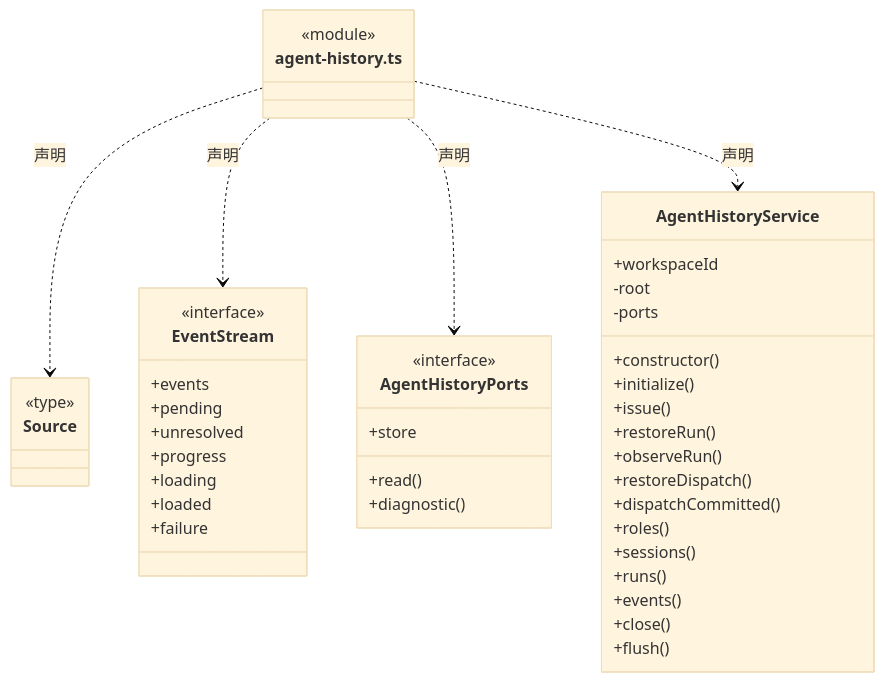
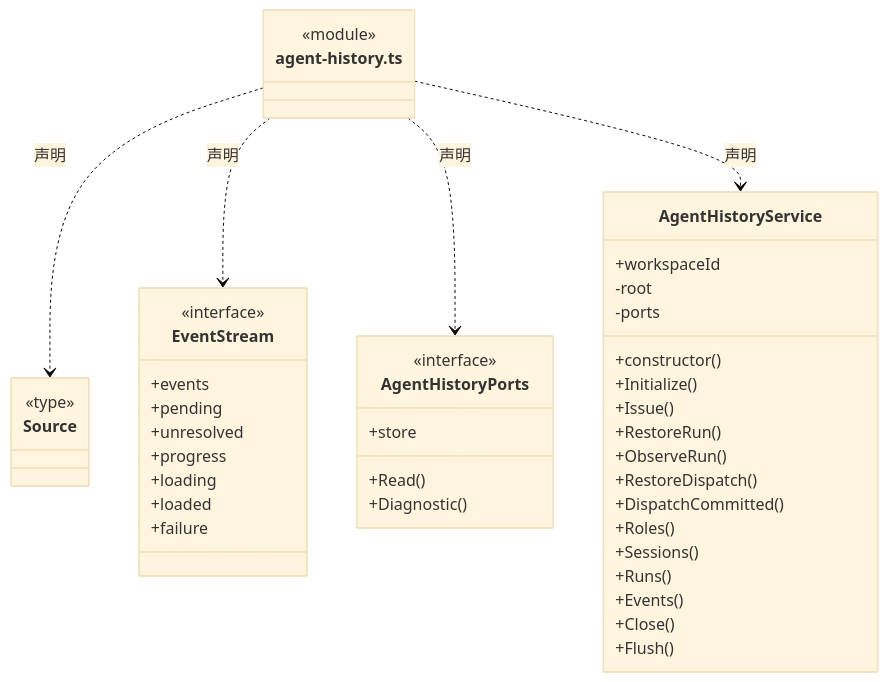
One commit to nan023062/cbim changed the first of 3 diagrams in src/logic/history/runtime/ARCHITECTURE.md. Above: the diagram before and after it, drawn with Mermaid (base theme). The commit also changed other lines of this file and 1035 other files, not shown here.

````diff
--- a/src/logic/history/runtime/ARCHITECTURE.md
+++ b/src/logic/history/runtime/ARCHITECTURE.md
@@ -25,48 +25,48 @@
 ```mermaid
 classDiagram
 class N_src_logic_history_runtime_agent_history_ts["agent-history.ts"] {
   <<module>>
 }
 class N_src_logic_history_runtime_agent_history_ts_Source["Source"] {
   <<type>>
 
 }
 N_src_logic_history_runtime_agent_history_ts ..> N_src_logic_history_runtime_agent_history_ts_Source : 声明
 class N_src_logic_history_runtime_agent_history_ts_EventStream["EventStream"] {
   <<interface>>
   +events
   +pending
   +unresolved
   +progress
   +loading
   +loaded
   +failure
 }
 N_src_logic_history_runtime_agent_history_ts ..> N_src_logic_history_runtime_agent_history_ts_EventStream : 声明
 class N_src_logic_history_runtime_agent_history_ts_AgentHistoryPorts["AgentHistoryPorts"] {
   <<interface>>
   +store
-  +read()
-  +diagnostic()
+  +Read()
+  +Diagnostic()
 }
 N_src_logic_history_runtime_agent_history_ts ..> N_src_logic_history_runtime_agent_history_ts_AgentHistoryPorts : 声明
 class N_src_logic_history_runtime_agent_history_ts_AgentHistoryService["AgentHistoryService"] {
   +workspaceId
   +constructor()
-  +initialize()
-  +issue()
-  +restoreRun()
-  +observeRun()
-  +restoreDispatch()
-  +dispatchCommitted()
-  +roles()
-  +sessions()
-  +runs()
-  +events()
-  +close()
-  +flush()
+  +Initialize()
+  +Issue()
+  +RestoreRun()
+  +ObserveRun()
+  +RestoreDispatch()
+  +DispatchCommitted()
+  +Roles()
+  +Sessions()
+  +Runs()
+  +Events()
+  +Close()
+  +Flush()
   -root
   -ports
 }
 N_src_logic_history_runtime_agent_history_ts ..> N_src_logic_history_runtime_agent_history_ts_AgentHistoryService : 声明
 ```
````
